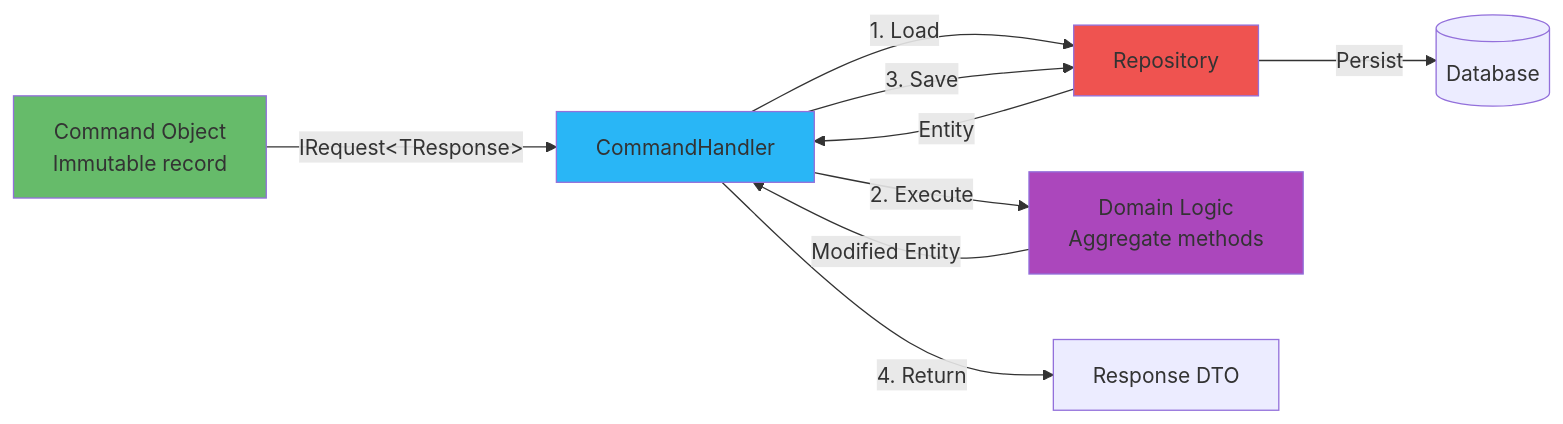
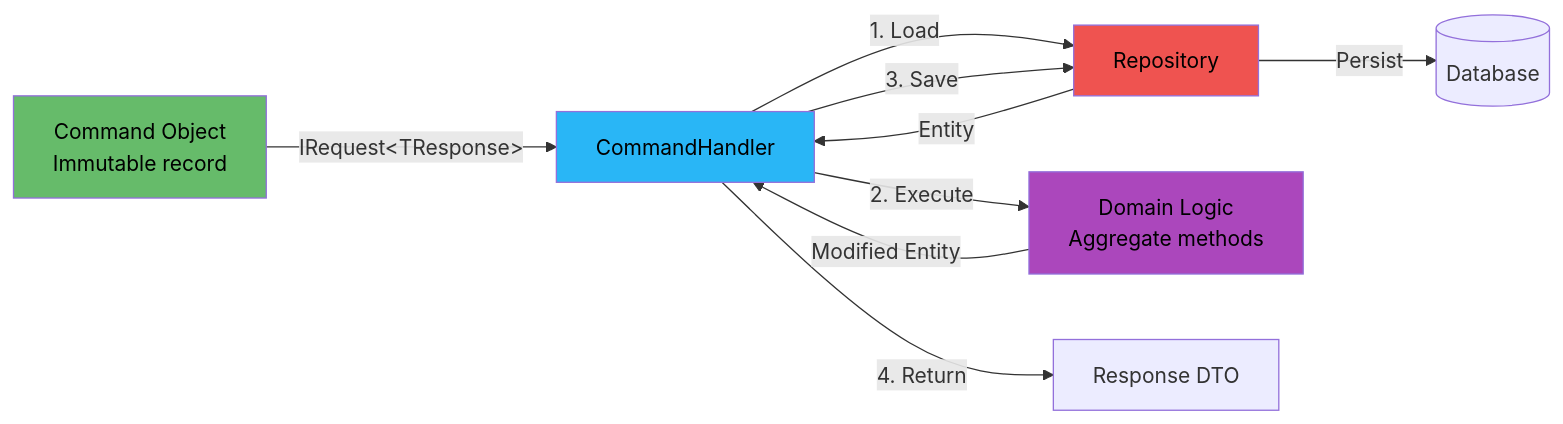
One commit to meepleAi-app/meepleai-monorepo changed the fourth of 8 diagrams in docs/01-architecture/diagrams/cqrs-mediatr-flow.md. Above: the diagram before and after it, drawn with Mermaid. The commit also changed other lines of this file and 4 other files, not shown here.

First line of the commit message:
docs: Aggiunto testo nero a tutti i diagrammi Mermaid

````diff
--- a/docs/01-architecture/diagrams/cqrs-mediatr-flow.md
+++ b/docs/01-architecture/diagrams/cqrs-mediatr-flow.md
@@ -215,16 +215,16 @@
 ```mermaid
 graph LR
     Command[Command Object<br/>Immutable record] -->|IRequest&lt;TResponse&gt;| Handler[CommandHandler]
     Handler -->|1. Load| Repo[Repository]
     Repo -->|Entity| Handler
     Handler -->|2. Execute| Domain[Domain Logic<br/>Aggregate methods]
     Domain -->|Modified Entity| Handler
     Handler -->|3. Save| Repo
     Repo -->|Persist| DB[(Database)]
     Handler -->|4. Return| Response[Response DTO]
 
-    style Command fill:#66bb6a
-    style Handler fill:#29b6f6
-    style Domain fill:#ab47bc
-    style Repo fill:#ef5350
+    style Command fill:#66bb6a,color:#000
+    style Handler fill:#29b6f6,color:#000
+    style Domain fill:#ab47bc,color:#000
+    style Repo fill:#ef5350,color:#000
 ```
````
